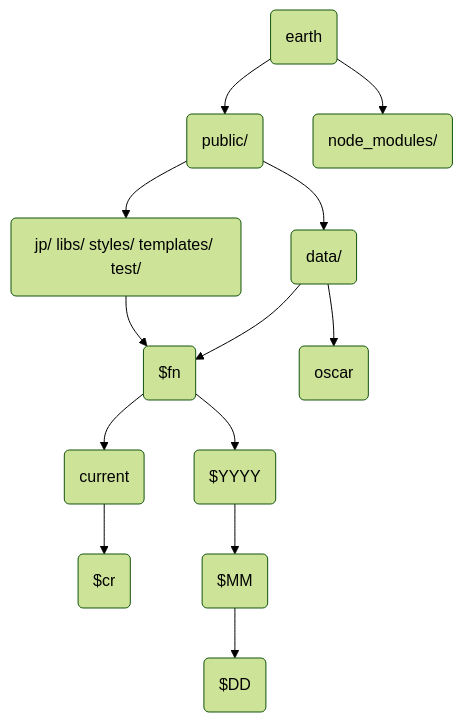
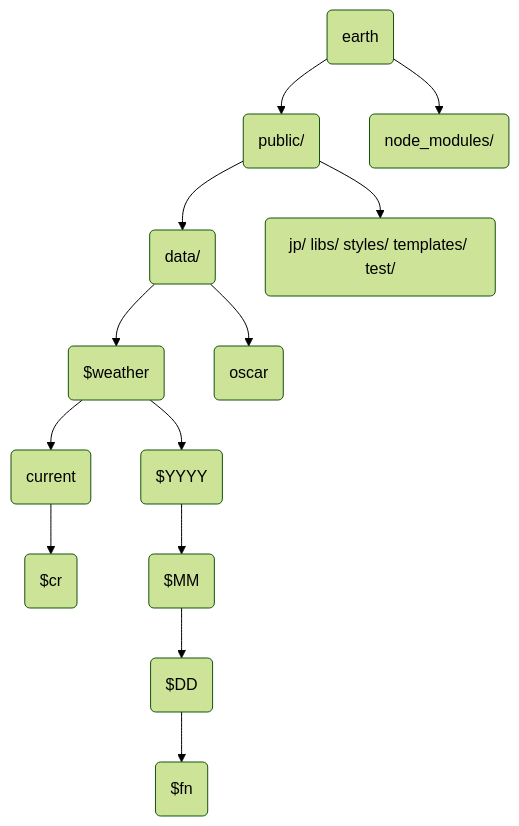
One commit to sinotec2/FAQ changed the diagram in _posts/2022-08-05-earth_gfs.md. Above: the diagram before and after it, drawn with Mermaid (forest theme).

````diff
--- a/_posts/2022-08-05-earth_gfs.md
+++ b/_posts/2022-08-05-earth_gfs.md
@@ -61,15 +61,15 @@
 ```mermaid
 graph TD
     A(earth) --> B(public/)
     A --> C(node_modules/)
     B --> D(data/)
     B --> E(jp/ libs/ styles/ templates/ test/)
     D --> F($weather)
     D --> H(oscar)
     F --> I(current)
     I --> J($cr)
     F --> K($YYYY)
     K --> L($MM)
     L --> M($DD)
-    E --> F($fn)
+    M --> N($fn)
 ```  
````
